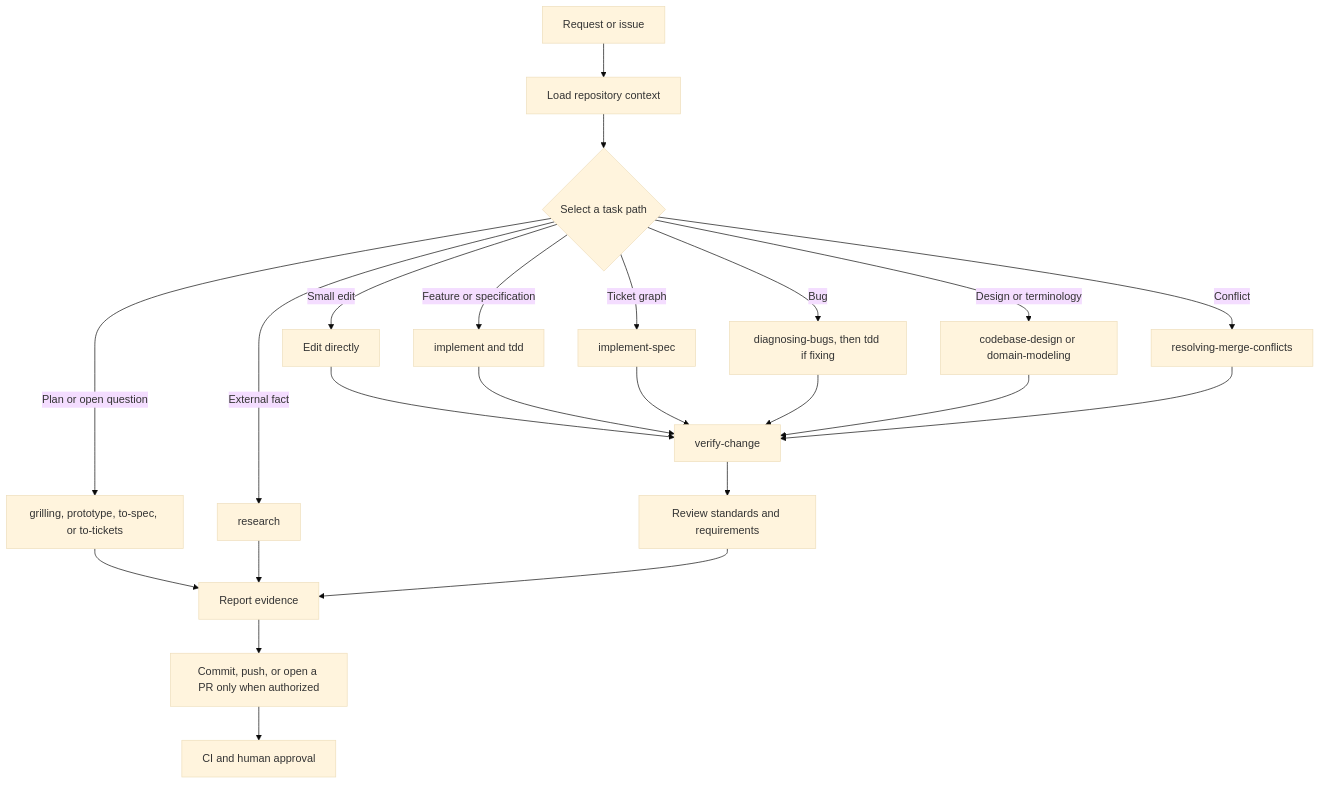
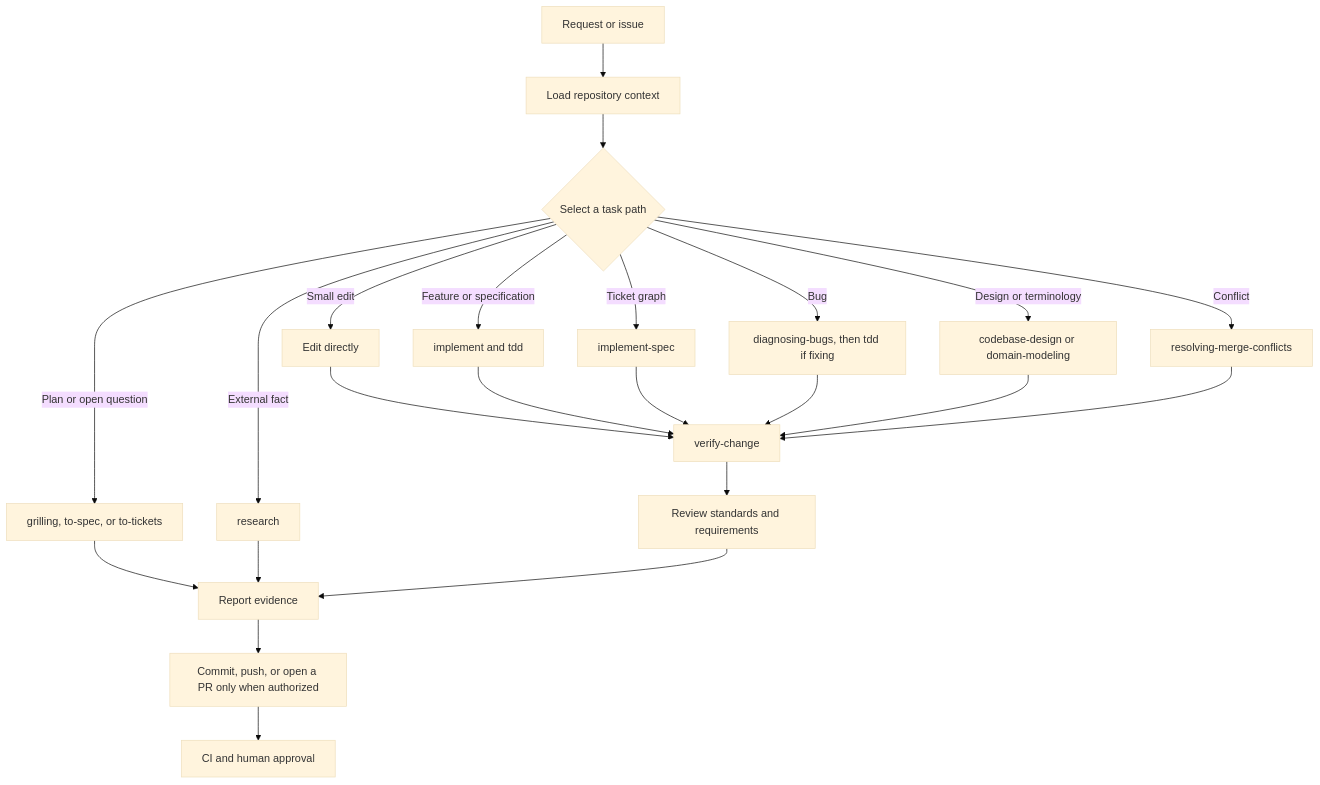
The diagram in docs/technical/agentic-workflow.md (EngageMedia-video/cinematacms), drawn with Mermaid (base theme) before and after one commit. The commit also changed other lines of this file and 24 other files, not shown here.

````diff
--- a/docs/technical/agentic-workflow.md
+++ b/docs/technical/agentic-workflow.md
@@ -11,25 +11,25 @@
 ```mermaid
 flowchart TD
 	request[Request or issue] --> context[Load repository context]
 	context --> path{Select a task path}
 	path -->|Small edit| direct[Edit directly]
 	path -->|Feature or specification| implement[implement and tdd]
-	path -->|Plan or open question| plan[grilling, prototype, to-spec, or to-tickets]
+	path -->|Plan or open question| plan[grilling, to-spec, or to-tickets]
 	path -->|Ticket graph| tickets[implement-spec]
 	path -->|Bug| diagnose[diagnosing-bugs, then tdd if fixing]
 	path -->|Design or terminology| design[codebase-design or domain-modeling]
 	path -->|External fact| research[research]
 	path -->|Conflict| conflict[resolving-merge-conflicts]
 	direct --> verify[verify-change]
 	implement --> verify
 	plan --> handoff
 	tickets --> verify
 	diagnose --> verify
 	design --> verify
 	research --> handoff[Report evidence]
 	conflict --> verify
 	verify --> review[Review standards and requirements]
 	review --> handoff
 	handoff --> delivery[Commit, push, or open a PR only when authorized]
 	delivery --> ci[CI and human approval]
 ```
````
